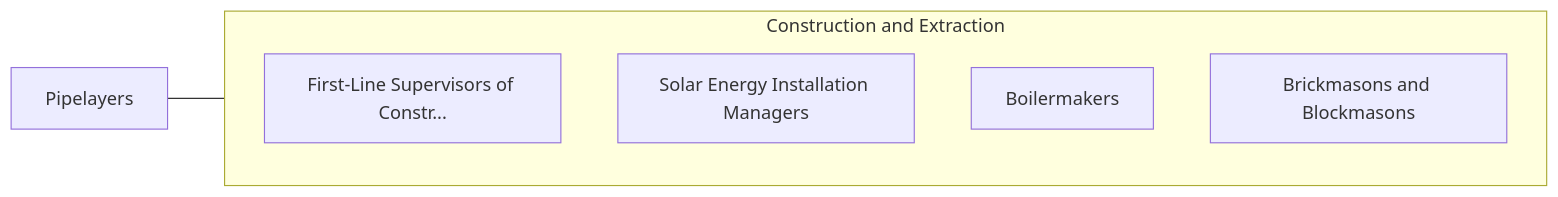
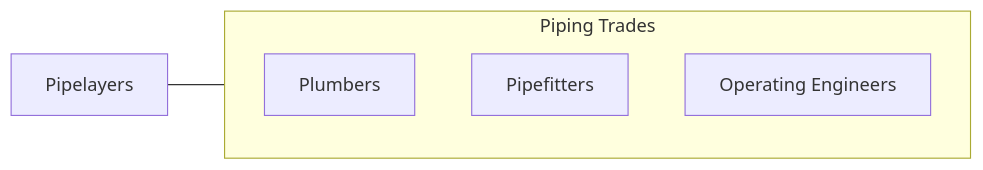
The fourth of 4 diagrams in occupations/Construction/Pipelayers.mdx (kziemski/business.org.ai), drawn with Mermaid before and after one commit. The commit also changed other lines of this file and 938 other files, not shown here.

````diff
--- a/occupations/Construction/Pipelayers.mdx
+++ b/occupations/Construction/Pipelayers.mdx
@@ -116,13 +157,10 @@
 ```mermaid
 graph LR
     Current["Pipelayers"]
-
-    subgraph SameCategory["Construction and Extraction"]
-        FirstLineSupervisors["First-Line Supervisors of Constr..."]
-        SolarEnergyInstallat["Solar Energy Installation Managers"]
-        Boilermakers["Boilermakers"]
-        BrickmasonsAndBlockm["Brickmasons and Blockmasons"]
+    subgraph Same["Piping Trades"]
+        Plumber["Plumbers"]
+        Pipefitter["Pipefitters"]
+        OpEng["Operating Engineers"]
     end
-
-    Current --- SameCategory
+    Current --- Same
 ```
````
